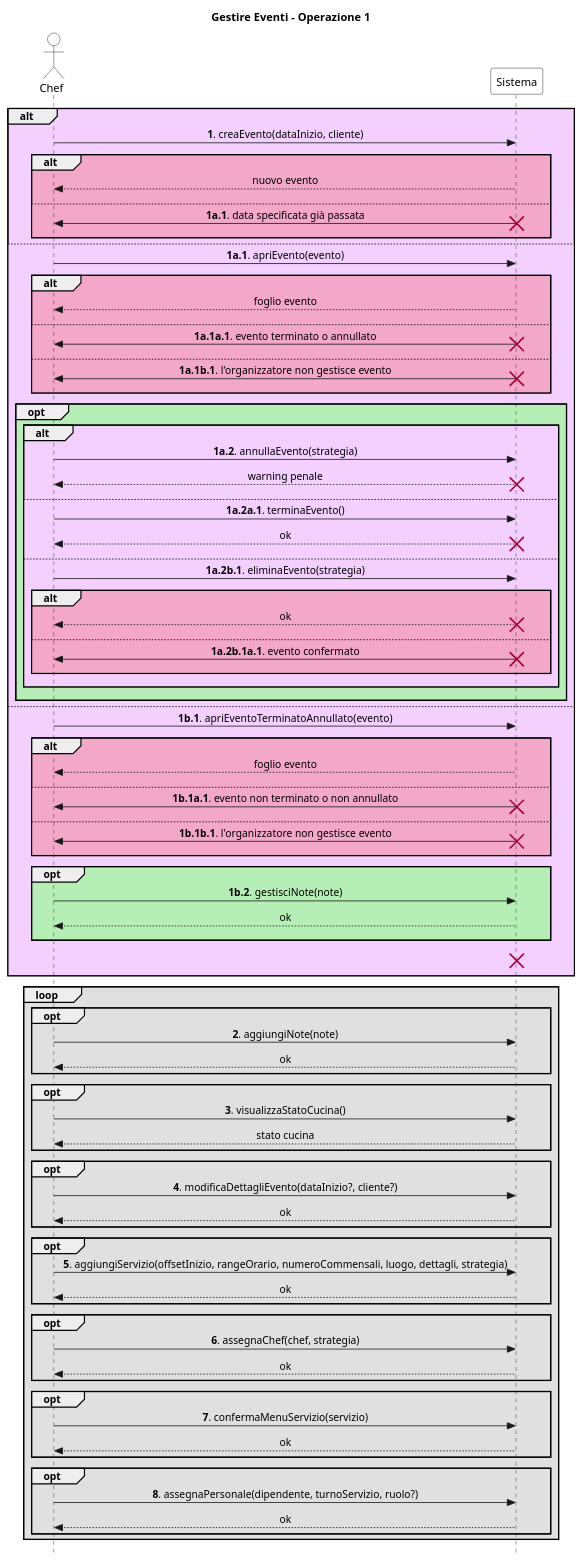
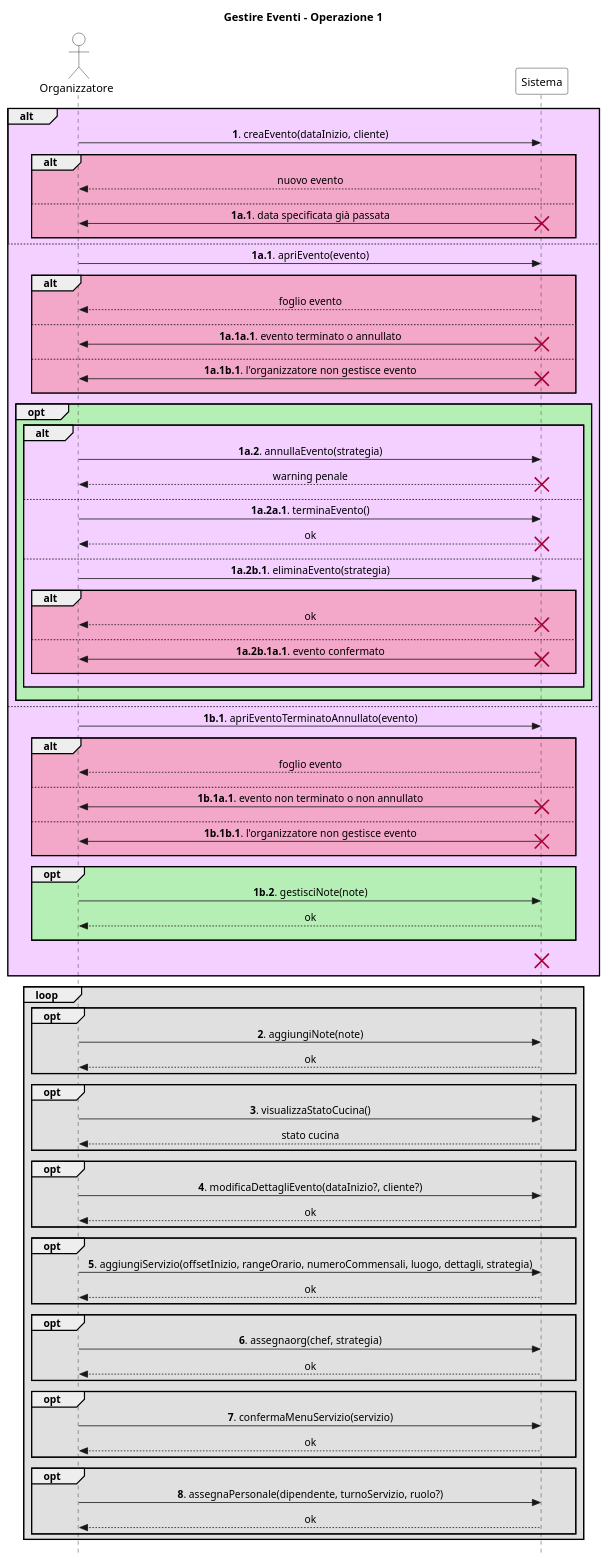
The diagram in UP/Requisiti/UC Gestire Eventi/SSD/Estensioni-Eccezioni Op1.puml (stefa168/sas-project), drawn with PlantUML before and after one commit. The commit also changed 5 other files, not shown here.

```diff
--- a/UP/Requisiti/UC Gestire Eventi/SSD/Estensioni-Eccezioni Op1.puml
+++ b/UP/Requisiti/UC Gestire Eventi/SSD/Estensioni-Eccezioni Op1.puml
@@ -1,132 +1,132 @@
 @startuml
 skinparam Style strictuml
 skinparam SequenceMessageAlign center
 
 skinparam sequence {
     ActorBorderColor Black
     ActorBackgroundColor White
     ParticipantBorderColor Black
     ParticipantBackgroundColor White
 }
 
-actor Chef
+actor "Organizzatore" as org
 participant Sistema
 
 title Gestire Eventi - Operazione 1
 
 alt #f3d0ff
-    Chef -> Sistema: **1**. creaEvento(dataInizio, cliente)
+    org -> Sistema: **1**. creaEvento(dataInizio, cliente)
     alt #f3a7c9
         return nuovo evento
         ||10||
     else
-        Chef <- Sistema: **1a.1**. data specificata già passata
+        org <- Sistema: **1a.1**. data specificata già passata
         destroy Sistema
         ||10||
     end
 else
-    Chef -> Sistema: **1a.1**. apriEvento(evento)
+    org -> Sistema: **1a.1**. apriEvento(evento)
     alt #f3a7c9
         return foglio evento
         ||10||
     else
-        Chef <- Sistema: **1a.1a.1**. evento terminato o annullato
+        org <- Sistema: **1a.1a.1**. evento terminato o annullato
         destroy Sistema
         ||10||
     else
-        Chef <- Sistema: **1a.1b.1**. l'organizzatore non gestisce evento
+        org <- Sistema: **1a.1b.1**. l'organizzatore non gestisce evento
         destroy Sistema
         ||10||
     end
 
     opt #b6efb6
         alt #f3d0ff
-            Chef -> Sistema: **1a.2**. annullaEvento(strategia)
+            org -> Sistema: **1a.2**. annullaEvento(strategia)
             return warning penale
             destroy Sistema
             ||10||
         else
-            Chef -> Sistema: **1a.2a.1**. terminaEvento()
+            org -> Sistema: **1a.2a.1**. terminaEvento()
             return ok
             destroy Sistema
             ||10||
         else
-            Chef -> Sistema: **1a.2b.1**. eliminaEvento(strategia)
+            org -> Sistema: **1a.2b.1**. eliminaEvento(strategia)
             alt #f3a7c9
                 return ok
                 destroy Sistema
                 ||10||
             else
-               Chef <- Sistema: **1a.2b.1a.1**. evento confermato
+               org <- Sistema: **1a.2b.1a.1**. evento confermato
                destroy Sistema
                ||10||
             end
             ||10||
         end
         ' non abbiamo modo di modificare il colore della X
         ||10||
     end
 else
-    Chef -> Sistema: **1b.1**. apriEventoTerminatoAnnullato(evento)
+    org -> Sistema: **1b.1**. apriEventoTerminatoAnnullato(evento)
     alt #f3a7c9
         return foglio evento
         ||10||
     else
-        Chef <- Sistema: **1b.1a.1**. evento non terminato o non annullato
+        org <- Sistema: **1b.1a.1**. evento non terminato o non annullato
         destroy Sistema
         ||10||
     else
-        Chef <- Sistema: **1b.1b.1**. l'organizzatore non gestisce evento
+        org <- Sistema: **1b.1b.1**. l'organizzatore non gestisce evento
         destroy Sistema
         ||10||
     end
 
     opt #b6efb6
-        Chef -> Sistema: **1b.2**. gestisciNote(note)
+        org -> Sistema: **1b.2**. gestisciNote(note)
         return ok
         ||10||
     end
 
     ||10||
     destroy Sistema
-'    note over Chef, Sistema #fff: Il caso d'uso termina.
+'    note over org, Sistema #fff: Il caso d'uso termina.
     ||10||
 end
 
 loop #e0e0e0
     opt #e0e0e0
-        Chef -> Sistema: **2**. aggiungiNote(note)
+        org -> Sistema: **2**. aggiungiNote(note)
         return ok
     end
 
     opt #e0e0e0
-        Chef -> Sistema: **3**. visualizzaStatoCucina()
+        org -> Sistema: **3**. visualizzaStatoCucina()
         return stato cucina
     end
 
     opt #e0e0e0
-        Chef -> Sistema: **4**. modificaDettagliEvento(dataInizio?, cliente?)
+        org -> Sistema: **4**. modificaDettagliEvento(dataInizio?, cliente?)
         return ok
     end
 
     opt #e0e0e0
-        Chef -> Sistema: **5**. aggiungiServizio(offsetInizio, rangeOrario, numeroCommensali, luogo, dettagli, strategia)
+        org -> Sistema: **5**. aggiungiServizio(offsetInizio, rangeOrario, numeroCommensali, luogo, dettagli, strategia)
         return ok
     end
 
     opt #e0e0e0
-        Chef -> Sistema: **6**. assegnaChef(chef, strategia)
+        org -> Sistema: **6**. assegnaorg(chef, strategia)
         return ok
     end
 
     opt #e0e0e0
-        Chef -> Sistema: **7**. confermaMenuServizio(servizio)
+        org -> Sistema: **7**. confermaMenuServizio(servizio)
         return ok
     end
 
     opt #e0e0e0
-        Chef -> Sistema: **8**. assegnaPersonale(dipendente, turnoServizio, ruolo?)
+        org -> Sistema: **8**. assegnaPersonale(dipendente, turnoServizio, ruolo?)
         return ok
     end
 end
 @enduml
```
